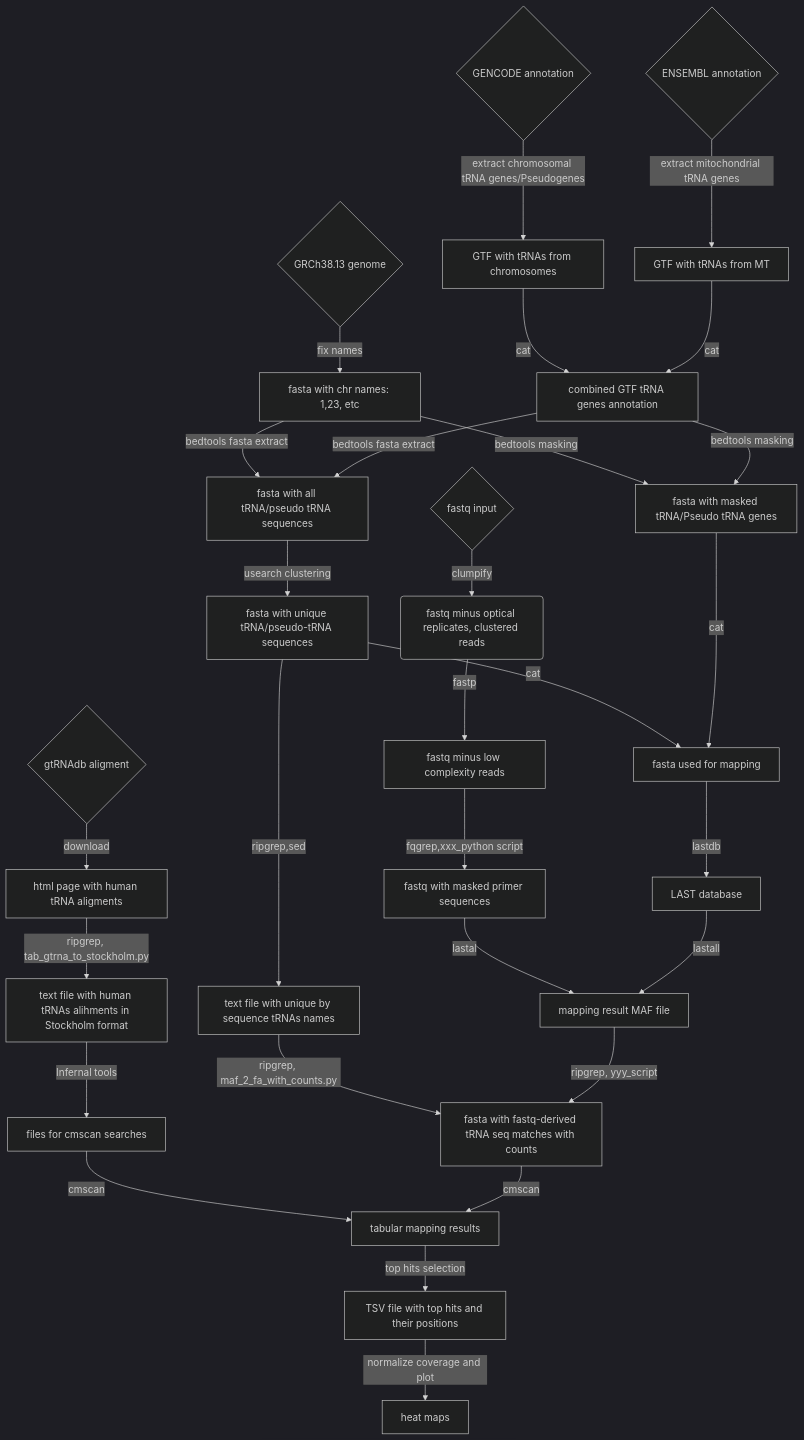
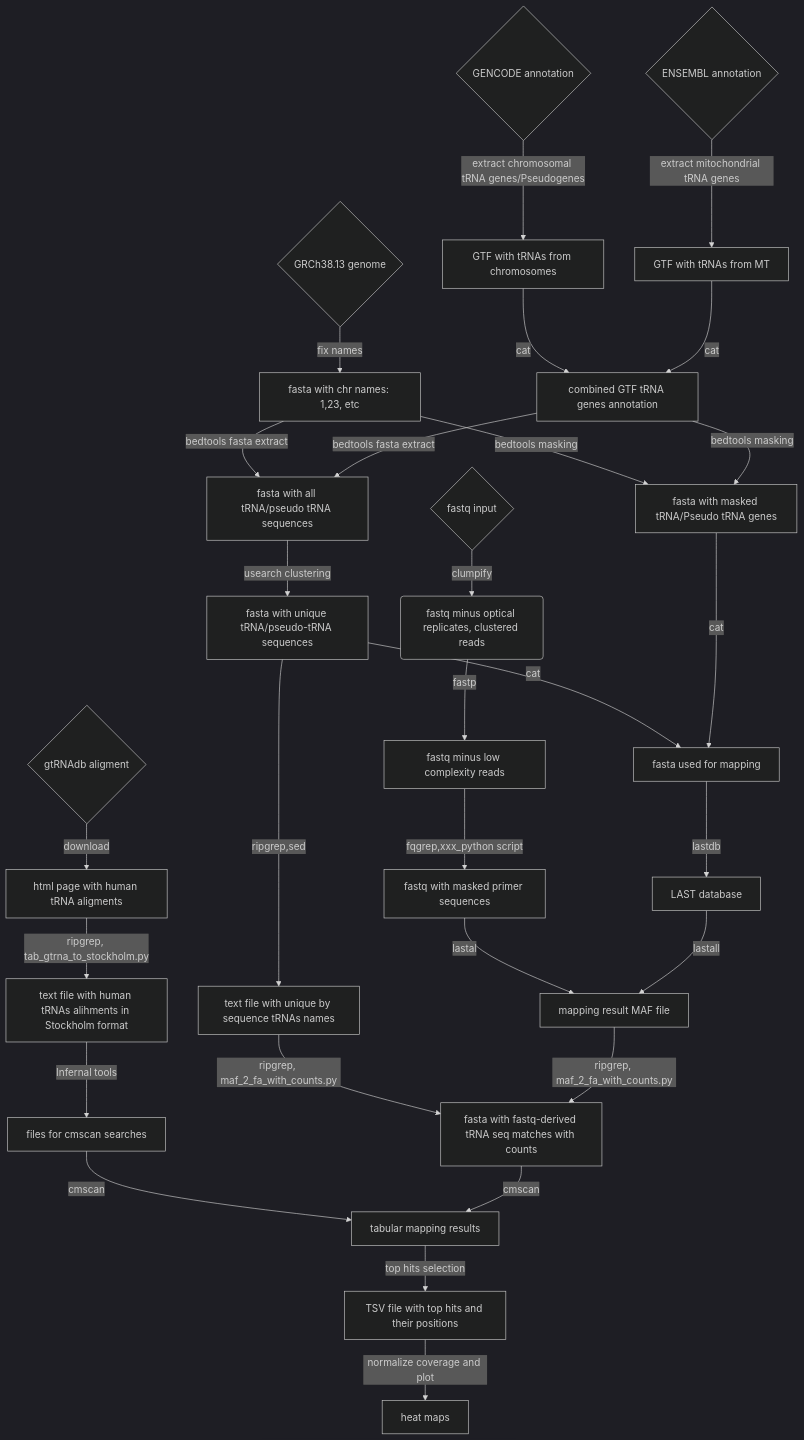
Before and after one commit to Cancer-Genomics-TH/tRNA_methyl: the diagram in doc/workflow_mermaid.md, drawn with Mermaid (dark theme).

Commit message:
minor: maf_2_fa_with_counts.py in mermaid

````diff
--- a/doc/workflow_mermaid.md
+++ b/doc/workflow_mermaid.md
@@ -4,33 +4,33 @@
 ```mermaid
 graph TD
 
     genome_fasta{ GRCh38.13 genome} -->|fix names| fasta_names_fix[fasta with chr names: 1,23, etc]
     gencode_gtf{GENCODE annotation} -->|extract chromosomal tRNA genes/Pseudogenes| chromo_gtf[GTF with tRNAs from chromosomes]
     ensembl_gtf{ENSEMBL annotation} -->|extract mitochondrial tRNA genes| mito_gtf[GTF with tRNAs from MT]
     chromo_gtf -->|cat|combo_gtf[combined GTF tRNA genes annotation]
     mito_gtf -->|cat|combo_gtf
     fasta_names_fix -->|bedtools masking|masked_genome[fasta with masked tRNA/Pseudo tRNA genes]
     combo_gtf -->|bedtools masking|masked_genome
     fasta_names_fix-->|bedtools fasta extract|trna_seq[fasta with all tRNA/pseudo tRNA sequences]
     combo_gtf -->|bedtools fasta extract|trna_seq
     trna_seq-->|usearch clustering|unique_trnas_seq[fasta with unique tRNA/pseudo-tRNA sequences]
     unique_trnas_seq-->|cat|genome_for_mapping[fasta used for mapping]
     masked_genome-->|cat|genome_for_mapping
     genome_for_mapping-->|lastdb|last_database[LAST database]
     clumped_fastped_masked_fastq-->|lastal|maf_result[mapping result MAF file]
     last_database-->|lastall|maf_result
     unique_trnas_seq-->|ripgrep,sed|unique_trnas_seq_names[text file with unique by sequence tRNAs names]
     unique_trnas_seq_names-->|ripgrep, maf_2_fa_with_counts.py|trna_matches_with_counts[fasta with fastq-derived tRNA seq matches with counts] 
-    maf_result-->|ripgrep, yyy_script|trna_matches_with_counts
+    maf_result-->|ripgrep, maf_2_fa_with_counts.py|trna_matches_with_counts
     gtRNAdb{gtRNAdb aligment}-->|download|html_aligment[html page with human tRNA aligments]
     html_aligment-->|ripgrep, tab_gtrna_to_stockholm.py|stockholm_align[text file with human tRNAs alihments in Stockholm format]
     stockholm_align-->|Infernal tools|cmscan_files[files for cmscan searches]
     cmscan_files-->|cmscan|cmscan_mapping_result[tabular mapping results]
     trna_matches_with_counts-->|cmscan|cmscan_mapping_result
     cmscan_mapping_result-->|top hits selection|cmscan_top_hits[TSV file with top hits and their positions]
     cmscan_top_hits-->|normalize coverage and plot|heat_maps[heat maps]
     fastq{fastq input} -->|clumpify| clumped_fastq(fastq minus optical replicates, clustered reads)
     clumped_fastq -->|fastp| clumped_fastped_fastq[fastq minus low complexity reads]
     clumped_fastped_fastq -->|fqgrep,xxx_python script|clumped_fastped_masked_fastq[fastq with masked primer sequences]
     
 ```
````
